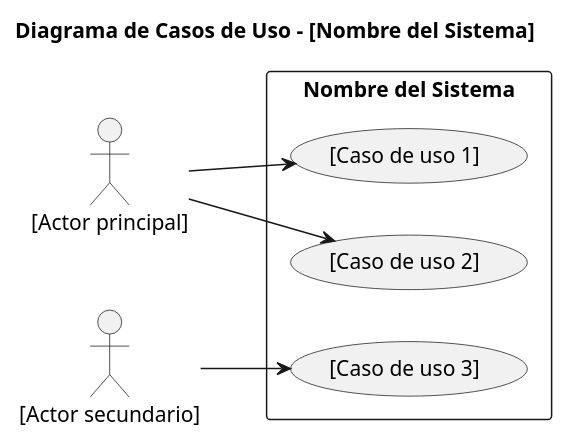
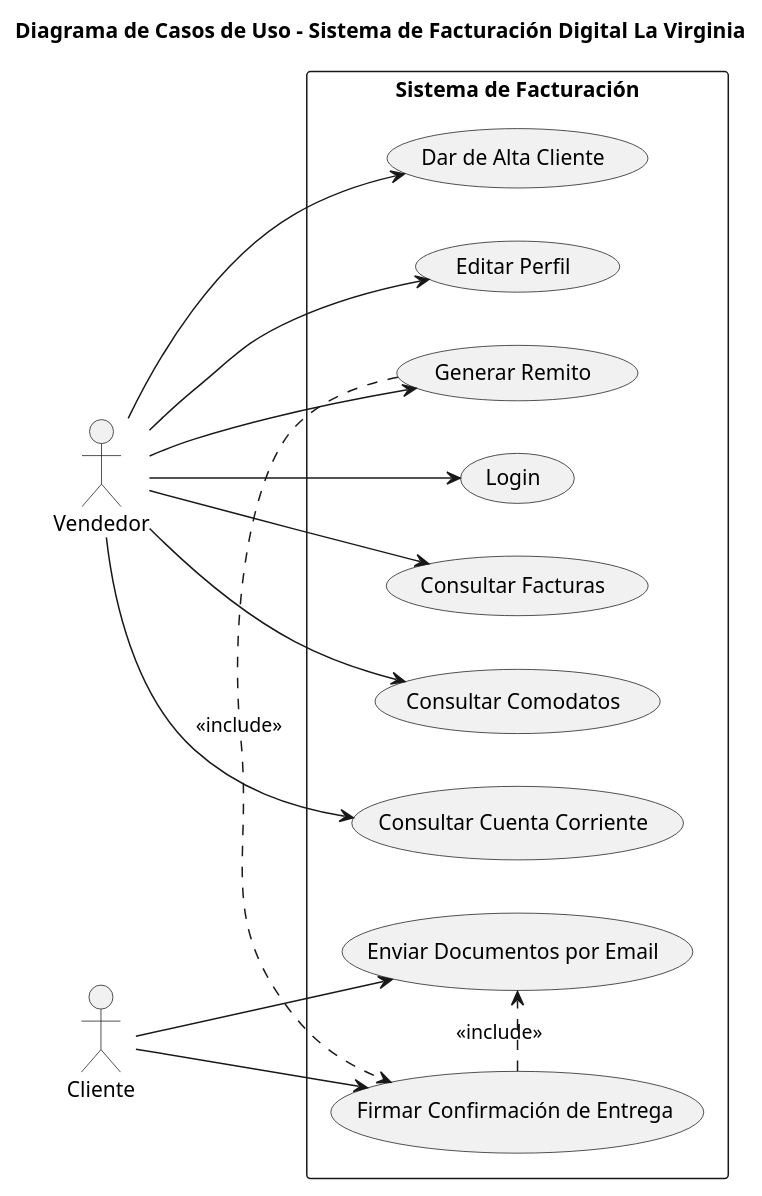
One commit to 35584674-source/Proyecto_lv_dw changed the diagram in diagramas/casos-de-uso.puml. Above: the diagram before and after it, drawn with PlantUML. The commit also changed 4 other files, not shown here.

Commit message:
Agrego integrantes, requisitos, HU y diagrama general de casos de uso

```diff
--- a/diagramas/casos-de-uso.puml
+++ b/diagramas/casos-de-uso.puml
@@ -1,26 +1,38 @@
 @startuml
-title Diagrama de Casos de Uso - [Nombre del Sistema]
+title Diagrama de Casos de Uso - Sistema de Facturación Digital La Virginia
 
 left to right direction
 
 ' --- Actores ---
-actor "[Actor principal]" as A1
-actor "[Actor secundario]" as A2
+actor "Vendedor" as A1
+actor "Cliente" as A2
 
 ' --- Sistema ---
-rectangle "[Nombre del Sistema]" {
-  usecase "[Caso de uso 1]" as UC1
-  usecase "[Caso de uso 2]" as UC2
-  usecase "[Caso de uso 3]" as UC3
+rectangle "Sistema de Facturación" {
+  usecase "Login" as UC1
+  usecase "Consultar Facturas" as UC2
+  usecase "Consultar Comodatos" as UC3
+  usecase "Generar Remito" as UC4
+  usecase "Firmar Confirmación de Entrega" as UC5
+  usecase "Consultar Cuenta Corriente" as UC6
+  usecase "Dar de Alta Cliente" as UC7
+  usecase "Editar Perfil" as UC8
+  usecase "Enviar Documentos por Email" as UC9
 }
 
 ' --- Relaciones actor-caso de uso ---
 A1 --> UC1
 A1 --> UC2
-A2 --> UC3
+A1 --> UC3
+A1 --> UC4
+A1 --> UC6
+A1 --> UC7
+A1 --> UC8
+A2 --> UC5
+A2 --> UC9
 
 ' --- Relaciones entre casos de uso ---
-' UC2 .> UC1 : <<include>>
-' UC3 .> UC1 : <<extend>>
+UC4 .> UC5 : <<include>>
+UC5 .> UC9 : <<include>>
 
 @enduml
```
